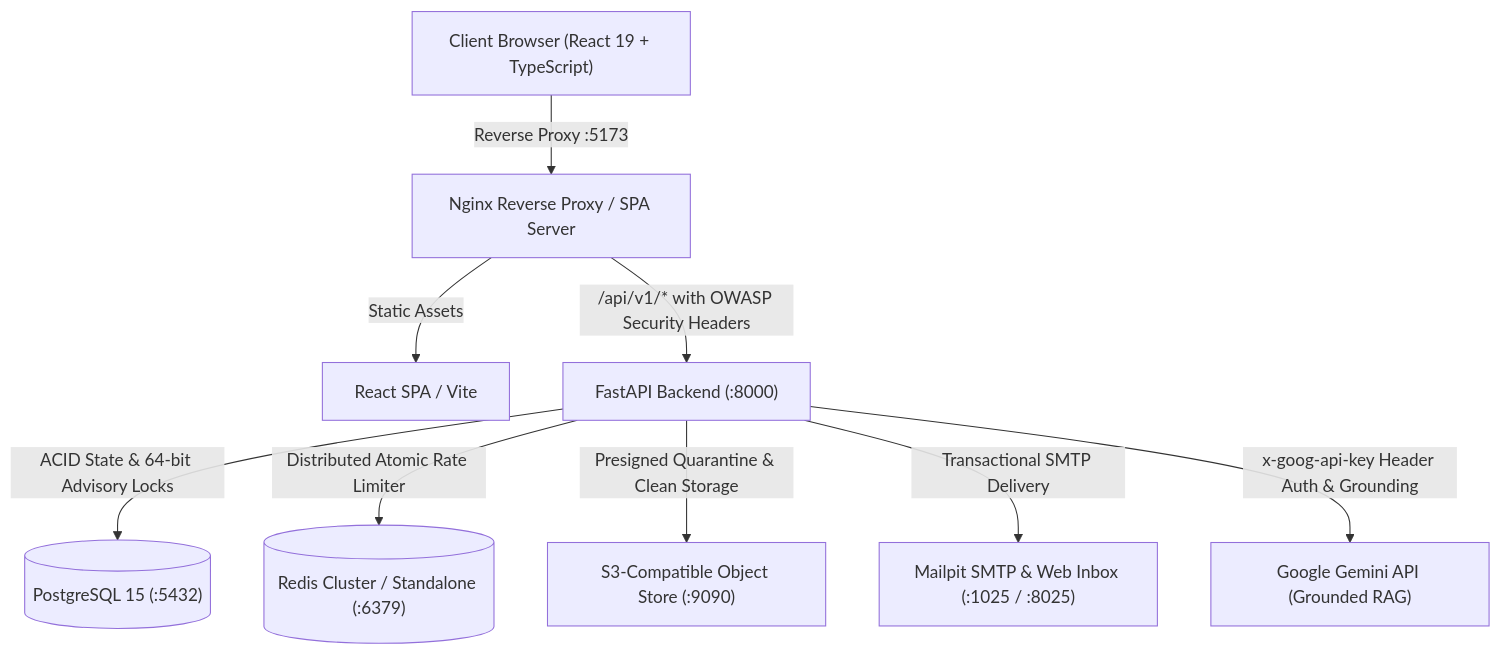
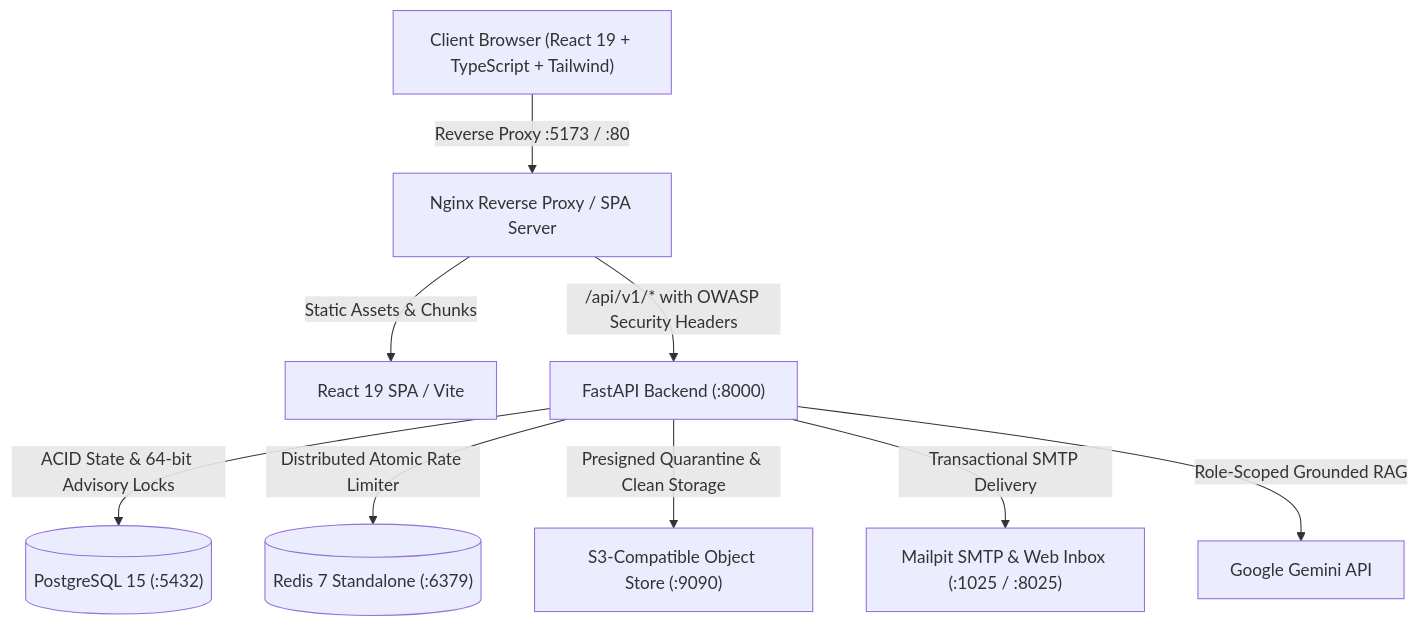
One commit to Austin-Joshua/Learn-Flow changed the diagram in README.md. Above: the diagram before and after it, drawn with Mermaid. The commit also changed other lines of this file and 14 other files, not shown here.

Commit message:
feat(v1.0): complete Version 1.0 documentation suite, schema reference, and release audit

````diff
--- a/README.md
+++ b/README.md
@@ -18,11 +35,11 @@
 ```mermaid
 graph TD
-    Client["Client Browser (React 19 + TypeScript)"] -->|Reverse Proxy :5173| Nginx["Nginx Reverse Proxy / SPA Server"]
-    Nginx -->|Static Assets| Frontend["React SPA / Vite"]
+    Client["Client Browser (React 19 + TypeScript + Tailwind)"] -->|Reverse Proxy :5173 / :80| Nginx["Nginx Reverse Proxy / SPA Server"]
+    Nginx -->|Static Assets & Chunks| Frontend["React 19 SPA / Vite"]
     Nginx -->|/api/v1/* with OWASP Security Headers| Backend["FastAPI Backend (:8000)"]
     Backend -->|ACID State & 64-bit Advisory Locks| Postgres[("PostgreSQL 15 (:5432)")]
-    Backend -->|Distributed Atomic Rate Limiter| Redis[("Redis Cluster / Standalone (:6379)")]
+    Backend -->|Distributed Atomic Rate Limiter| Redis[("Redis 7 Standalone (:6379)")]
     Backend -->|Presigned Quarantine & Clean Storage| S3Mock["S3-Compatible Object Store (:9090)"]
     Backend -->|Transactional SMTP Delivery| Mailpit["Mailpit SMTP & Web Inbox (:1025 / :8025)"]
-    Backend -->|x-goog-api-key Header Auth & Grounding| GeminiAPI["Google Gemini API (Grounded RAG)"]
+    Backend -->|Role-Scoped Grounded RAG| GeminiAPI["Google Gemini API"]
 ```
````
